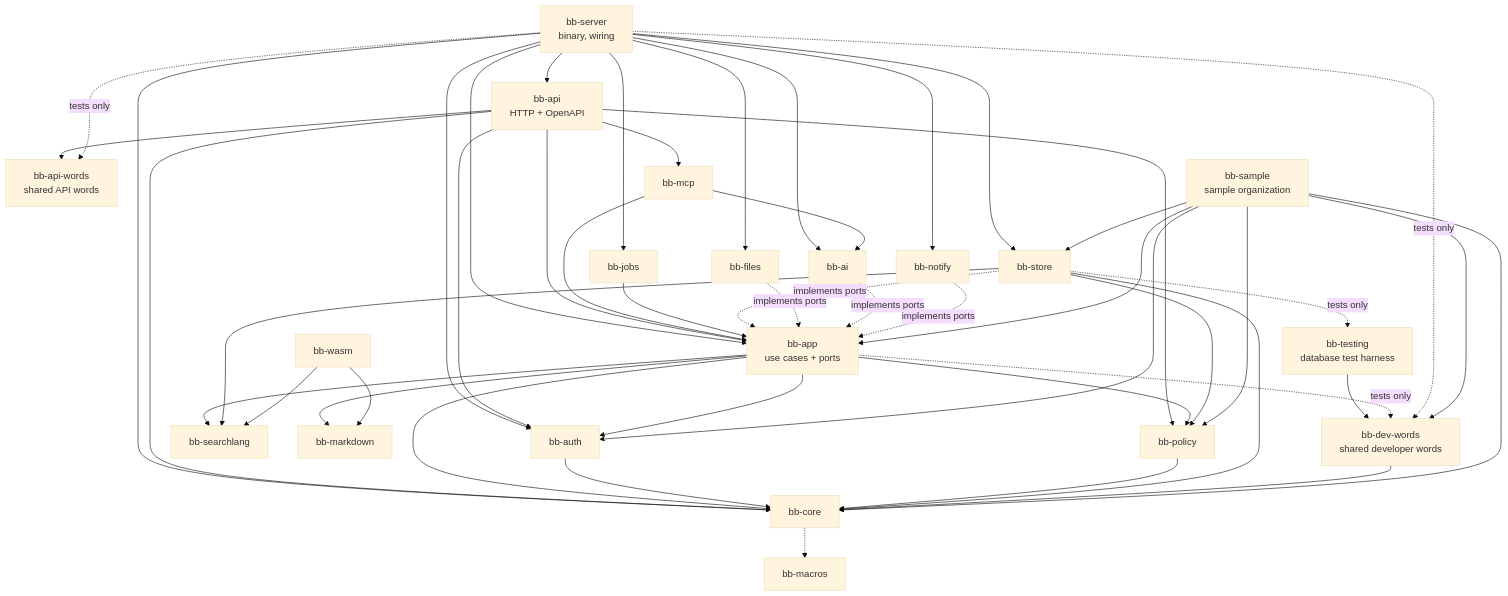
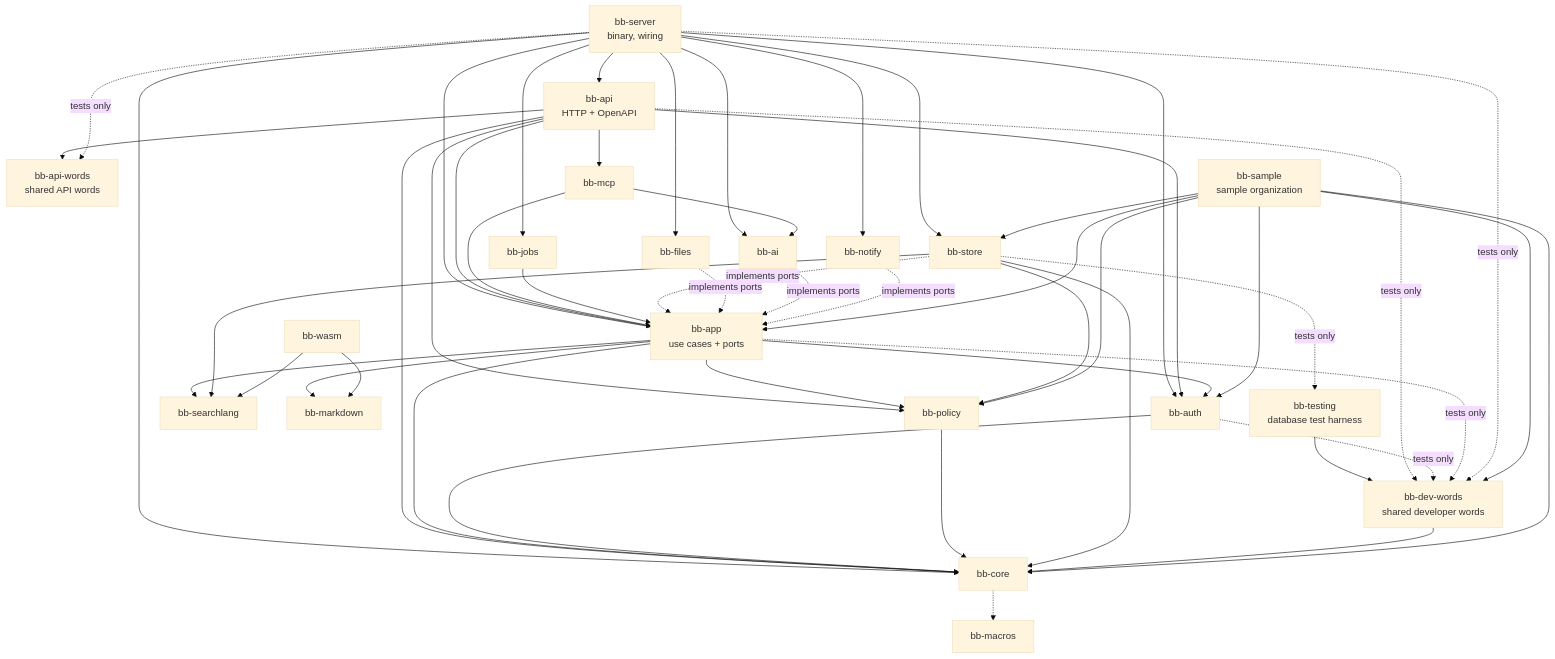
The diagram in docs/architecture/04-building-blocks.md (Nusi42/Bugaboo), drawn with Mermaid (base theme) before and after one commit. The commit also changed 10 other files, not shown here.

First line of the commit message:
refactor(api): take the public address in tests from bb-dev-words

````diff
--- a/docs/architecture/04-building-blocks.md
+++ b/docs/architecture/04-building-blocks.md
@@ -46,45 +46,47 @@
 ```mermaid
 flowchart TB
   server["bb-server<br/>binary, wiring"]
   api["bb-api<br/>HTTP + OpenAPI"]
   words["bb-api-words<br/>shared API words"]
   devwords["bb-dev-words<br/>shared developer words"]
   mcp["bb-mcp"]
   app["bb-app<br/>use cases + ports"]
   policy["bb-policy"]
   core["bb-core"]
   macros["bb-macros"]
   search["bb-searchlang"]
   md["bb-markdown"]
   store["bb-store"]
   files["bb-files"]
   auth["bb-auth"]
   ai["bb-ai"]
   notify["bb-notify"]
   jobs["bb-jobs"]
   wasm["bb-wasm"]
   testing["bb-testing<br/>database test harness"]
   sample["bb-sample<br/>sample organization"]
 
   server --> api & jobs & store & files & ai & notify & auth & app & core
   api --> app & auth & mcp & core & policy & words
   mcp --> app & ai
   jobs --> app
   app --> policy & core & search & md & auth
   auth --> core
   policy --> core
   core -.-> macros
   store -. implements ports .-> app
   files -. implements ports .-> app
   ai -. implements ports .-> app
   notify -. implements ports .-> app
   store --> search & policy & core
   wasm --> search & md
   store -. tests only .-> testing
   server -. tests only .-> words
   testing --> devwords
   devwords --> core
+  api -. tests only .-> devwords
+  auth -. tests only .-> devwords
   app -. tests only .-> devwords
   server -. tests only .-> devwords
   sample --> app & store & core & policy & auth & devwords
 ```
````
